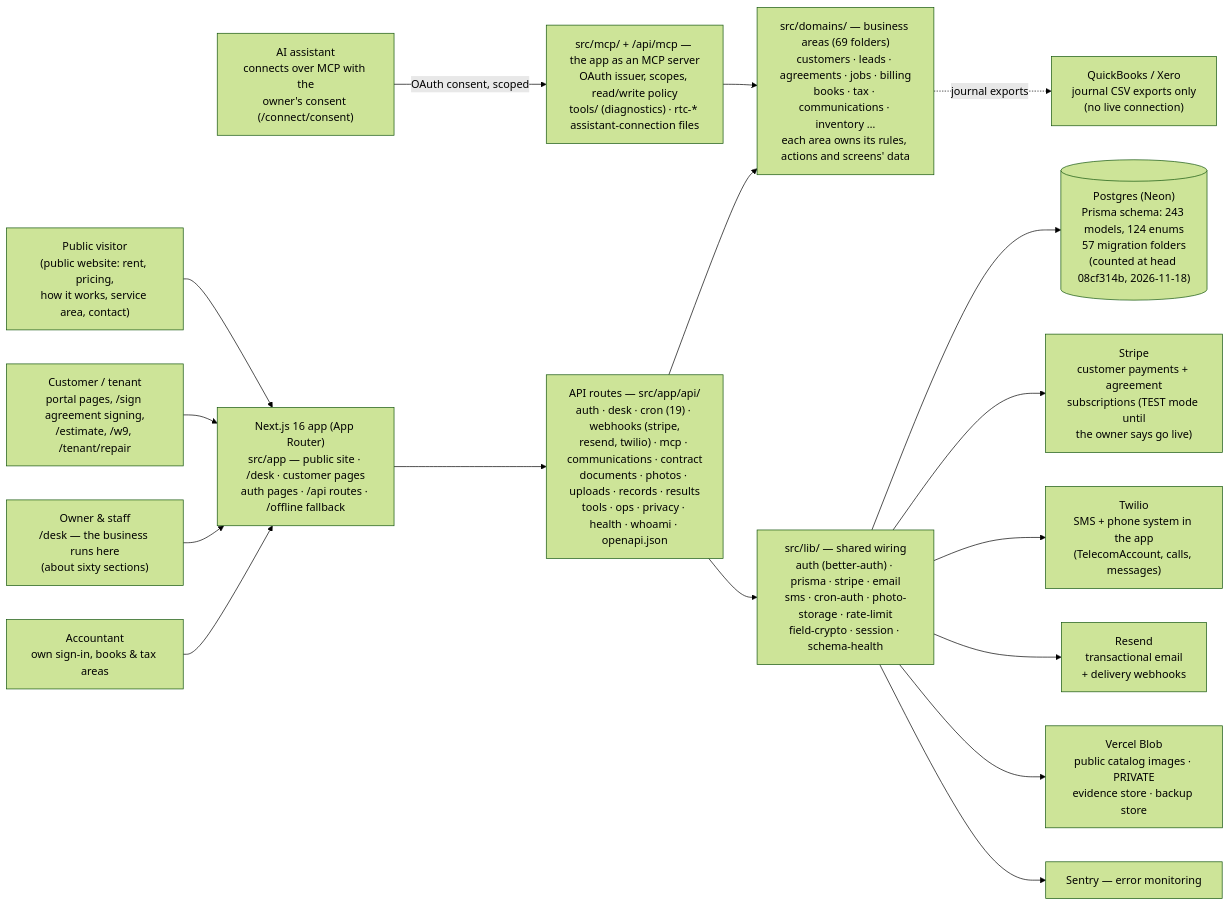
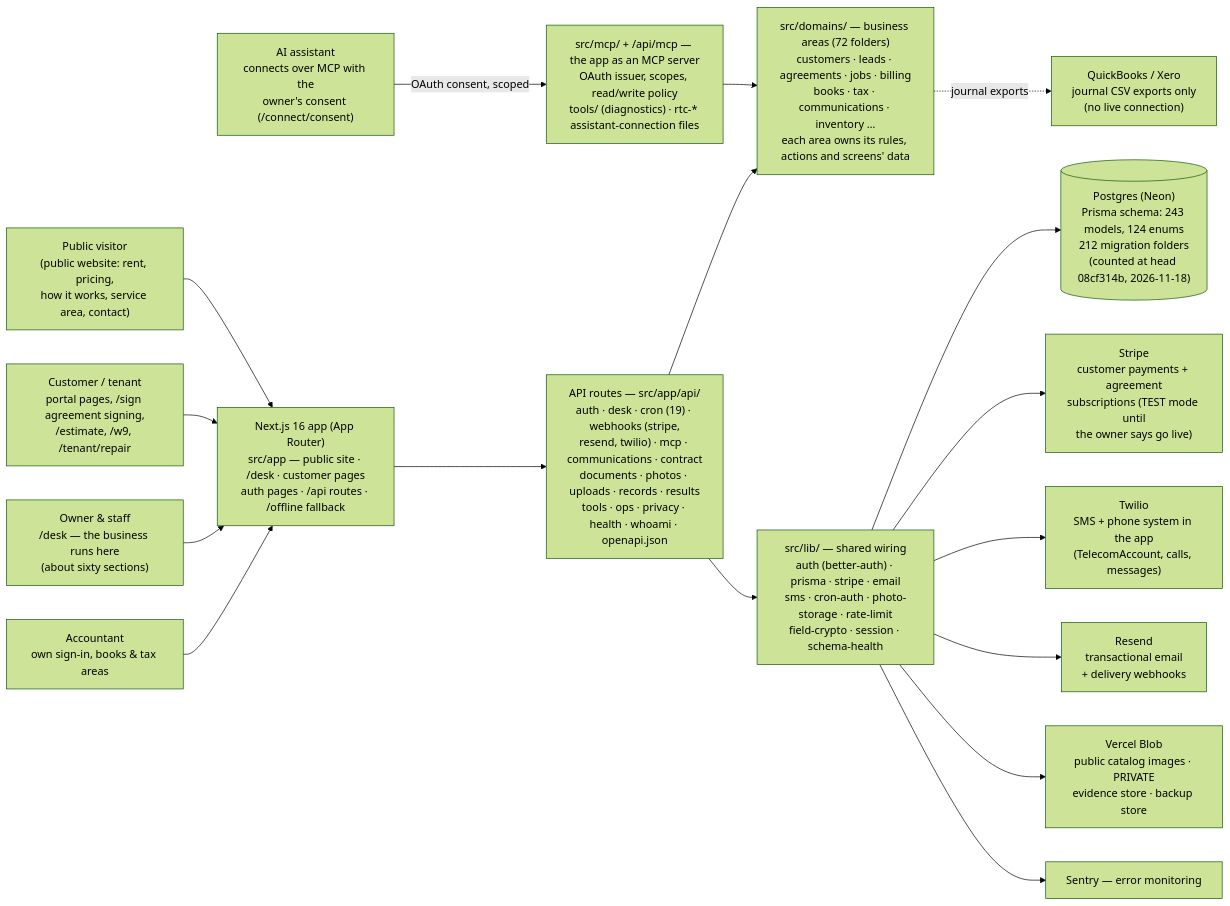
One commit to christcr2012/appliance-desk changed the diagram in docs/relational-map/README.md. Above: the diagram before and after it, drawn with Mermaid (forest theme). The commit also changed other lines of this file and 7 other files, not shown here.

````diff
--- a/docs/relational-map/README.md
+++ b/docs/relational-map/README.md
@@ -14,31 +23,31 @@
 ```mermaid
 flowchart LR
   Visitor["Public visitor<br/>(public website: rent, pricing,<br/>how it works, service area, contact)"]
   Customer["Customer / tenant<br/>portal pages, /sign agreement signing,<br/>/estimate, /w9, /tenant/repair"]
   Staff["Owner & staff<br/>/desk — the business runs here<br/>(about sixty sections)"]
   Accountant["Accountant<br/>own sign-in, books & tax areas"]
   Assistant["AI assistant<br/>connects over MCP with the<br/>owner's consent (/connect/consent)"]
   App["Next.js 16 app (App Router)<br/>src/app — public site · /desk · customer pages<br/>auth pages · /api routes · /offline fallback"]
   API["API routes — src/app/api/<br/>auth · desk · cron (19) · webhooks (stripe,<br/>resend, twilio) · mcp · communications · contract<br/>documents · photos · uploads · records · results<br/>tools · ops · privacy · health · whoami · openapi.json"]
-  Domains["src/domains/ — business areas (69 folders)<br/>customers · leads · agreements · jobs · billing<br/>books · tax · communications · inventory …<br/>each area owns its rules, actions and screens' data"]
+  Domains["src/domains/ — business areas (72 folders)<br/>customers · leads · agreements · jobs · billing<br/>books · tax · communications · inventory …<br/>each area owns its rules, actions and screens' data"]
   Lib["src/lib/ — shared wiring<br/>auth (better-auth) · prisma · stripe · email<br/>sms · cron-auth · photo-storage · rate-limit<br/>field-crypto · session · schema-health"]
   MCP["src/mcp/ + /api/mcp — the app as an MCP server<br/>OAuth issuer, scopes, read/write policy<br/>tools/ (diagnostics) · rtc-* assistant-connection files"]
-  DB[("Postgres (Neon)<br/>Prisma schema: 243 models, 124 enums<br/>57 migration folders<br/>(counted at head 08cf314b, 2026-11-18)")]
+  DB[("Postgres (Neon)<br/>Prisma schema: 243 models, 124 enums<br/>212 migration folders<br/>(counted at head 08cf314b, 2026-11-18)")]
   Stripe["Stripe<br/>customer payments + agreement<br/>subscriptions (TEST mode until<br/>the owner says go live)"]
   Twilio["Twilio<br/>SMS + phone system in the app<br/>(TelecomAccount, calls, messages)"]
   Resend["Resend<br/>transactional email<br/>+ delivery webhooks"]
   Blob["Vercel Blob<br/>public catalog images · PRIVATE<br/>evidence store · backup store"]
   Sentry["Sentry — error monitoring"]
   BooksOut["QuickBooks / Xero<br/>journal CSV exports only<br/>(no live connection)"]
 
   Visitor --> App
   Customer --> App
   Staff --> App
   Accountant --> App
   Assistant -->|"OAuth consent, scoped"| MCP
   App --> API --> Domains
   API --> Lib --> DB
   MCP --> Domains
   Lib --> Stripe & Twilio & Resend & Blob & Sentry
   Domains -.->|"journal exports"| BooksOut
 ```
````
